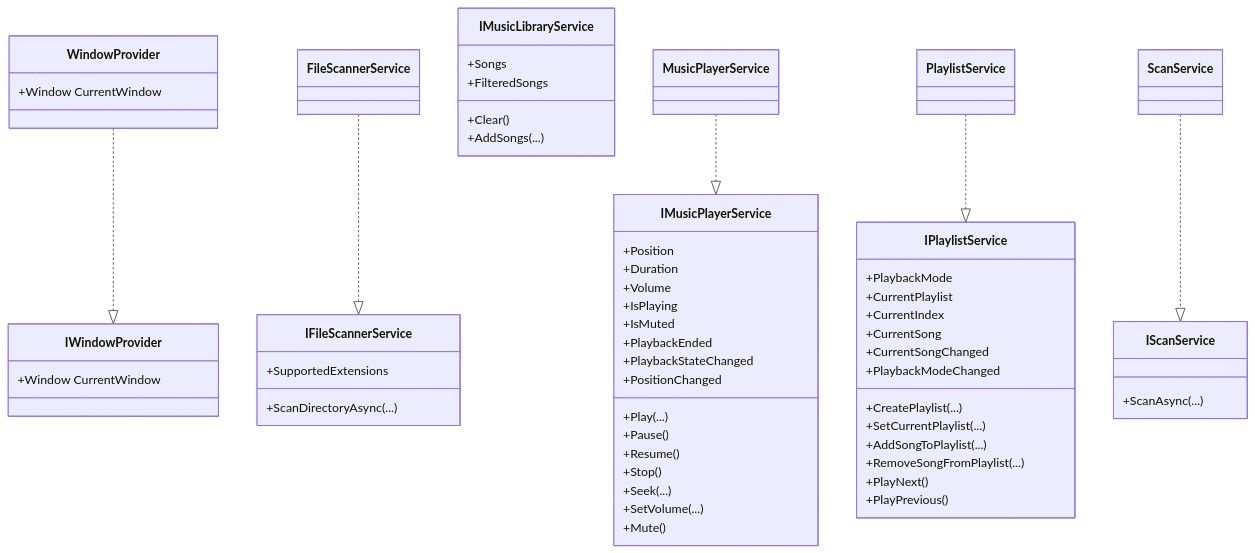
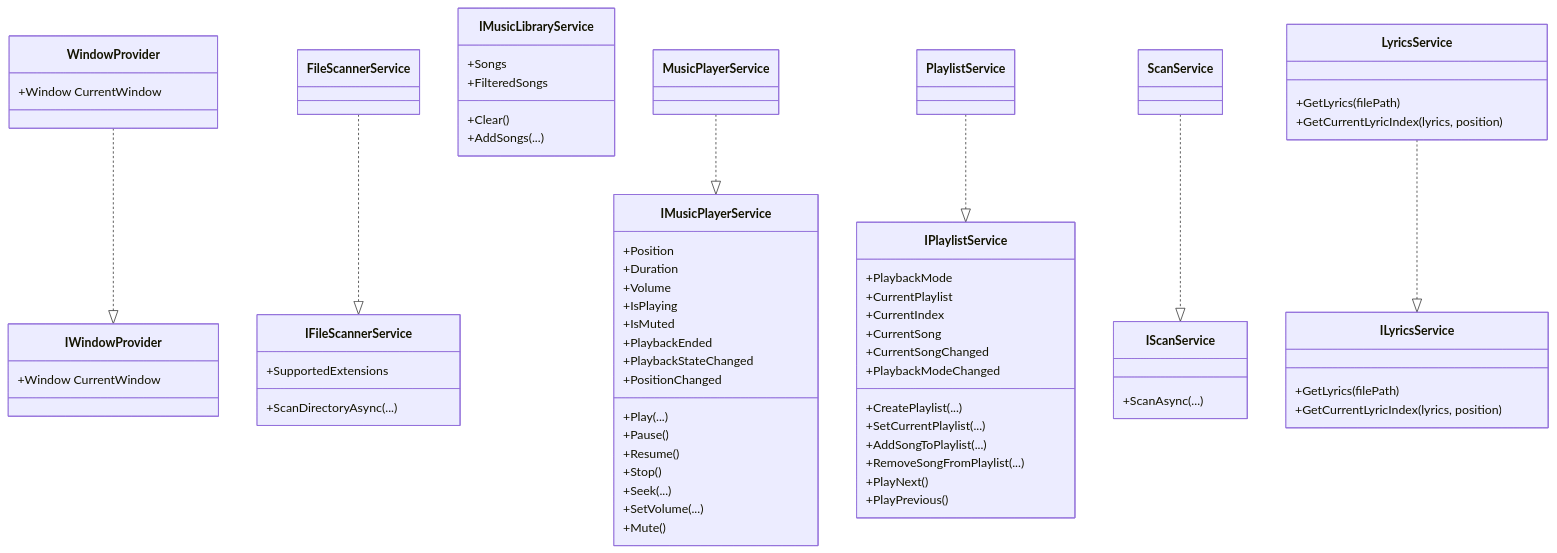
Before and after one commit to mariamjensen42-glitch/LocalMusicPlayer: the third of 6 diagrams in .qoder/repowiki/zh/content/架构设计/依赖注入容器.md, drawn with Mermaid. The commit also changed other lines of this file and 23 other files, not shown here.

````diff
--- a/.qoder/repowiki/zh/content/架构设计/依赖注入容器.md
+++ b/.qoder/repowiki/zh/content/架构设计/依赖注入容器.md
@@ -179,62 +199,71 @@
 ```mermaid
 classDiagram
 class IWindowProvider {
 +Window CurrentWindow
 }
 class WindowProvider {
 +Window CurrentWindow
 }
 class IFileScannerService {
 +ScanDirectoryAsync(...)
 +SupportedExtensions
 }
 class FileScannerService
 class IMusicLibraryService {
 +Songs
 +FilteredSongs
 +Clear()
 +AddSongs(...)
 }
 class IMusicPlayerService {
 +Play(...)
 +Pause()
 +Resume()
 +Stop()
 +Seek(...)
 +SetVolume(...)
 +Mute()
 +Position
 +Duration
 +Volume
 +IsPlaying
 +IsMuted
 +PlaybackEnded
 +PlaybackStateChanged
 +PositionChanged
 }
 class MusicPlayerService
 class IPlaylistService {
 +CreatePlaylist(...)
 +SetCurrentPlaylist(...)
 +AddSongToPlaylist(...)
 +RemoveSongFromPlaylist(...)
 +PlayNext()
 +PlayPrevious()
 +PlaybackMode
 +CurrentPlaylist
 +CurrentIndex
 +CurrentSong
 +CurrentSongChanged
 +PlaybackModeChanged
 }
 class PlaylistService
 class IScanService {
 +ScanAsync(...)
 }
 class ScanService
+class ILyricsService {
++GetLyrics(filePath)
++GetCurrentLyricIndex(lyrics, position)
+}
+class LyricsService {
++GetLyrics(filePath)
++GetCurrentLyricIndex(lyrics, position)
+}
 WindowProvider ..|> IWindowProvider
 FileScannerService ..|> IFileScannerService
 MusicPlayerService ..|> IMusicPlayerService
 PlaylistService ..|> IPlaylistService
 ScanService ..|> IScanService
+LyricsService ..|> ILyricsService
 ```
````
